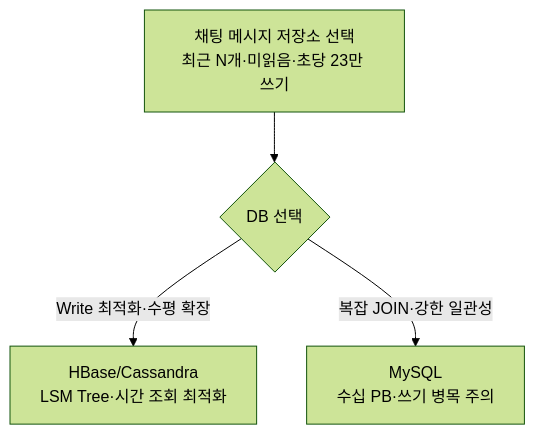
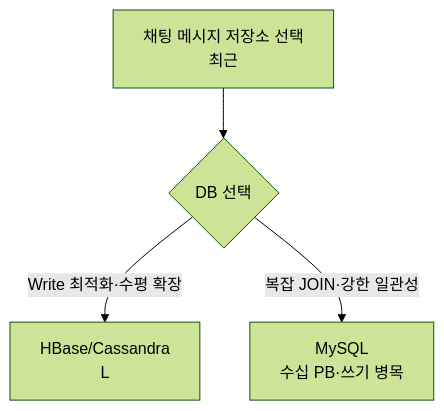
Before and after one commit to yjkim2015/yjkim2015.github.io: the sixth of 9 diagrams in _posts/systemdesign/2026-05-02-system-design-chat.md, drawn with Mermaid (forest theme). The commit also changed other lines of this file and 271 other files, not shown here.

First line of the commit message:
Mermaid 라벨 축소: 긴 노드 텍스트 18자 이하로 트림 + \n 제거

````diff
--- a/_posts/systemdesign/2026-05-02-system-design-chat.md
+++ b/_posts/systemdesign/2026-05-02-system-design-chat.md
@@ -253,6 +253,6 @@
 ```mermaid
 graph TD
-    A["채팅 메시지 저장소 선택\n최근 N개·미읽음·초당 23만 쓰기"] --> B{"DB 선택"}
-    B -->|"Write 최적화·수평 확장"| C["HBase/Cassandra\nLSM Tree·시간 조회 최적화"]
-    B -->|"복잡 JOIN·강한 일관성"| D["MySQL\n수십 PB·쓰기 병목 주의"]
+    A["채팅 메시지 저장소 선택\n최근"] --> B{"DB 선택"}
+    B -->|"Write 최적화·수평 확장"| C["HBase/Cassandra\nL"]
+    B -->|"복잡 JOIN·강한 일관성"| D["MySQL\n수십 PB·쓰기 병목"]
 ```
````
